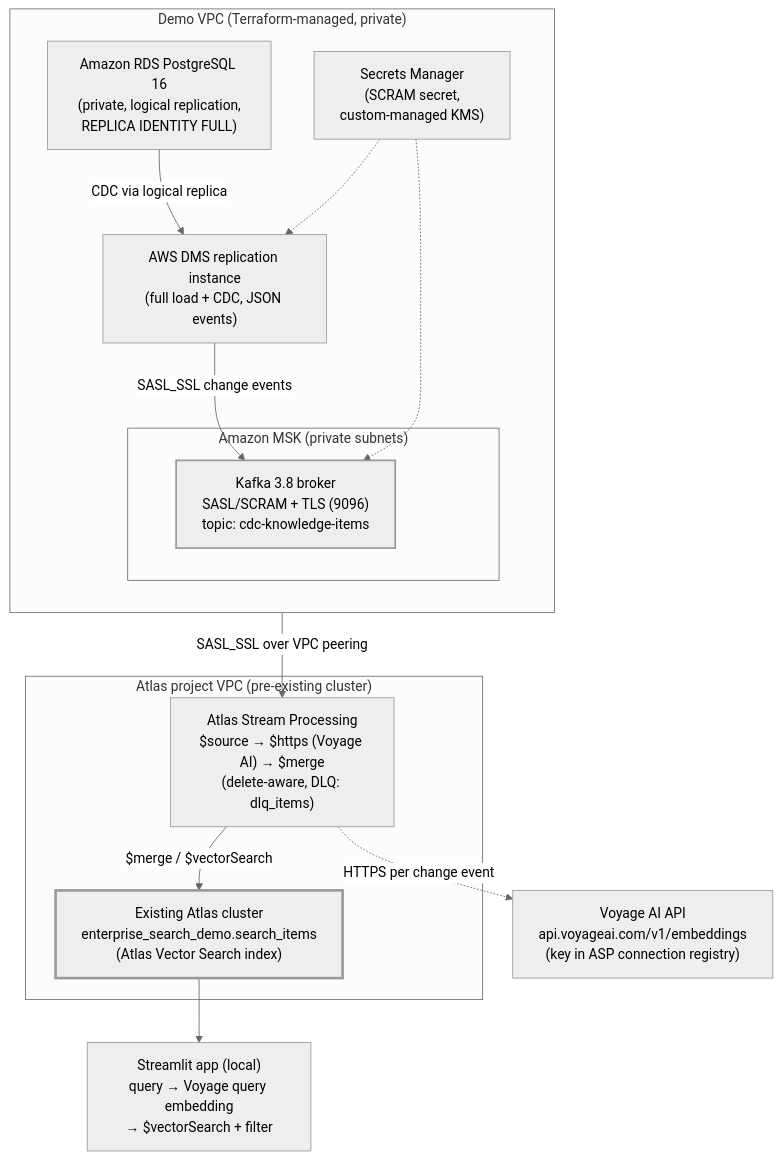
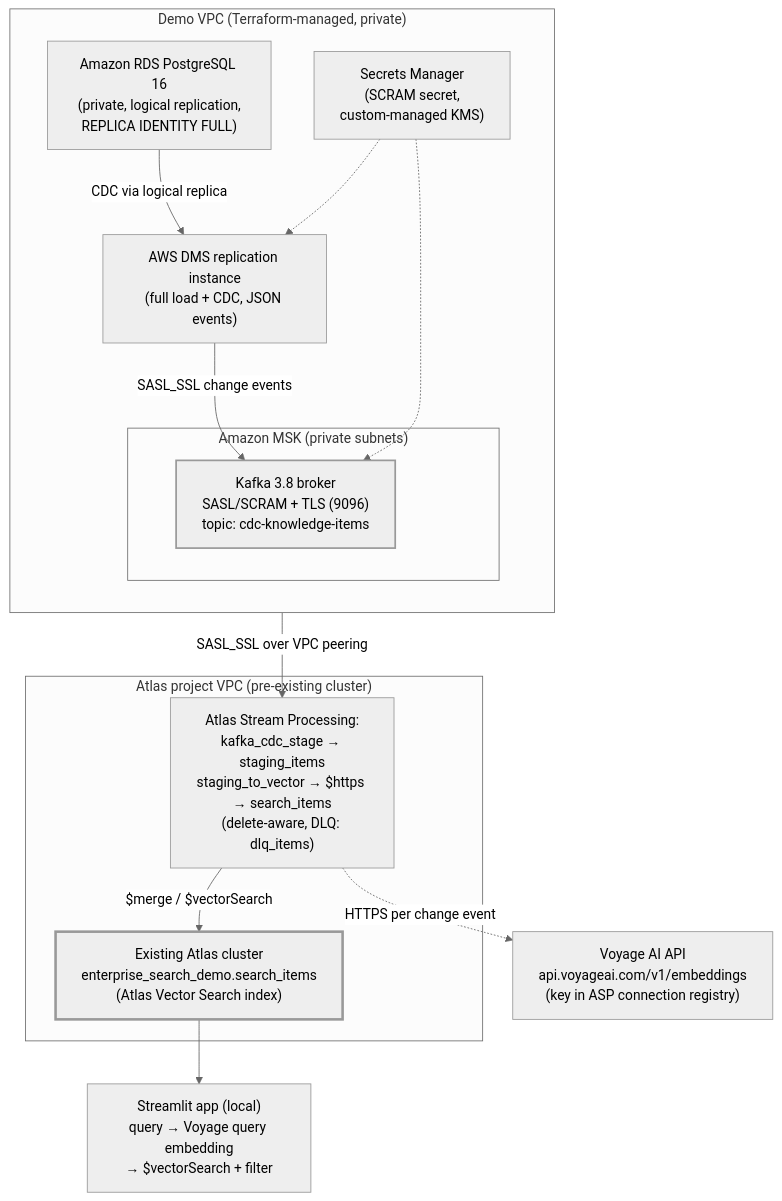
The diagram in postgres-atlas-vector-search-asp/README.md (michaelford85/mongodb-demonstrations), drawn with Mermaid (neutral theme) before and after one commit. The commit also changed other lines of this file and 9 other files, not shown here.

First line of the commit message:
postgres-atlas-vector-search-asp: validated two-processor ASP design

````diff
--- a/postgres-atlas-vector-search-asp/README.md
+++ b/postgres-atlas-vector-search-asp/README.md
@@ -5,33 +5,33 @@
 ```mermaid
 flowchart TB
     subgraph awsvpc["Demo VPC (Terraform-managed, private)"]
         direction TB
         rds["Amazon RDS PostgreSQL 16<br/>(private, logical replication,<br/>REPLICA IDENTITY FULL)"]
         dms["AWS DMS replication instance<br/>(full load + CDC, JSON events)"]
         subgraph msksub["Amazon MSK (private subnets)"]
             msk["Kafka 3.8 broker<br/>SASL/SCRAM + TLS (9096)<br/>topic: cdc-knowledge-items"]
         end
         scram["Secrets Manager<br/>(SCRAM secret,<br/>custom-managed KMS)"]
         rds -- "CDC via logical replica" --> dms
         dms -- "SASL_SSL change events" --> msk
         scram -.-> msk
         scram -.-> dms
     end
 
     subgraph atlasvpc["Atlas project VPC (pre-existing cluster)"]
-        asp["Atlas Stream Processing<br/>$source → $https (Voyage AI) → $merge<br/>(delete-aware, DLQ: dlq_items)"]
+        asp["Atlas Stream Processing:<br/>kafka_cdc_stage → staging_items<br/>staging_to_vector → $https → search_items<br/>(delete-aware, DLQ: dlq_items)"]
         cluster["Existing Atlas cluster<br/>enterprise_search_demo.search_items<br/>(Atlas Vector Search index)"]
         asp -- "$merge / $vectorSearch" --> cluster
     end
 
     msk -- "SASL_SSL over VPC peering" --> asp
 
     voyage["Voyage AI API<br/>api.voyageai.com/v1/embeddings<br/>(key in ASP connection registry)"]
     asp -. "HTTPS per change event" .-> voyage
 
     ui["Streamlit app (local)<br/>query → Voyage query embedding<br/>→ $vectorSearch + filter"]
     cluster --> ui
 
     style cluster stroke-width:3px
     style msk stroke-width:2px
 ```
````
